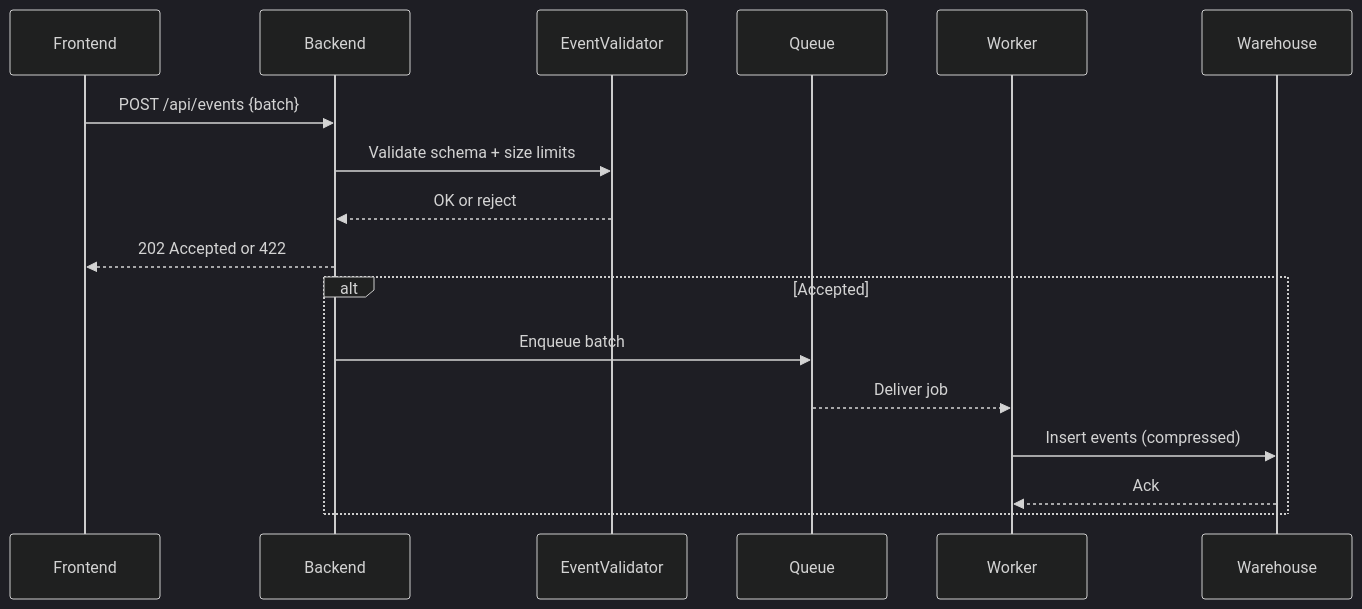
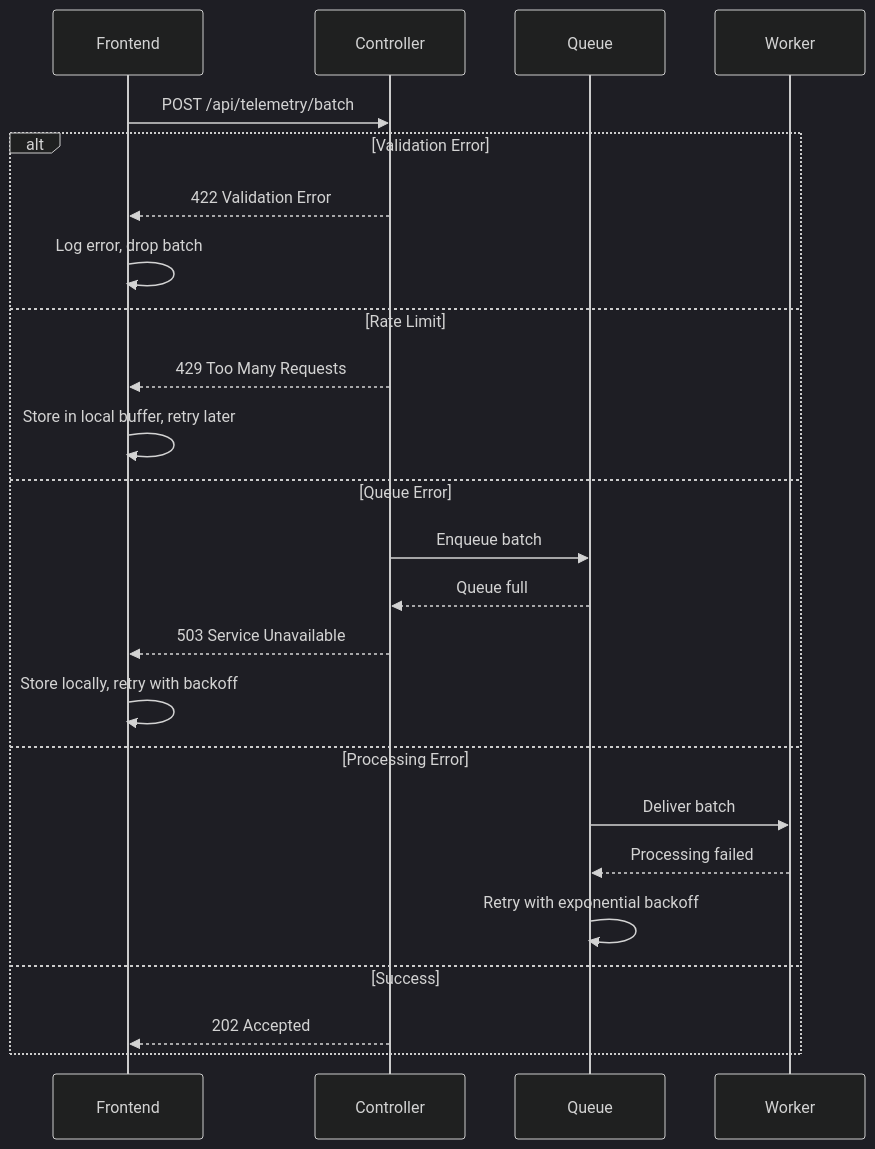
The second of 2 diagrams in docs/01-sequences/SEQ-011_Telemetry_Event_Capture.md (exatfrds67/umamusume-career-planner), drawn with Mermaid (dark theme) before and after one commit. The commit also changed other lines of this file and 67 other files, not shown here.

````diff
--- a/docs/01-sequences/SEQ-011_Telemetry_Event_Capture.md
+++ b/docs/01-sequences/SEQ-011_Telemetry_Event_Capture.md
@@ -27,21 +665,28 @@
 ```mermaid
 sequenceDiagram
-    participant UI as Frontend
-    participant API as Backend
-    participant VAL as EventValidator
-    participant Q as Queue
-    participant W as Worker
-    participant DB as Warehouse
+    participant Frontend
+    participant Controller
+    participant Queue
+    participant Worker
 
-    UI->>API: POST /api/events {batch}
-    API->>VAL: Validate schema + size limits
-    VAL-->>API: OK or reject
-    API-->>UI: 202 Accepted or 422
-
-    alt Accepted
-        API->>Q: Enqueue batch
-        Q-->>W: Deliver job
-        W->>DB: Insert events (compressed)
-        DB-->>W: Ack
+    Frontend->>Controller: POST /api/telemetry/batch
+    
+    alt Validation Error
+        Controller-->>Frontend: 422 Validation Error
+        Frontend->>Frontend: Log error, drop batch
+    else Rate Limit
+        Controller-->>Frontend: 429 Too Many Requests
+        Frontend->>Frontend: Store in local buffer, retry later
+    else Queue Error
+        Controller->>Queue: Enqueue batch
+        Queue-->>Controller: Queue full
+        Controller-->>Frontend: 503 Service Unavailable
+        Frontend->>Frontend: Store locally, retry with backoff
+    else Processing Error
+        Queue->>Worker: Deliver batch
+        Worker-->>Queue: Processing failed
+        Queue->>Queue: Retry with exponential backoff
+    else Success
+        Controller-->>Frontend: 202 Accepted
     end
 ```
````
